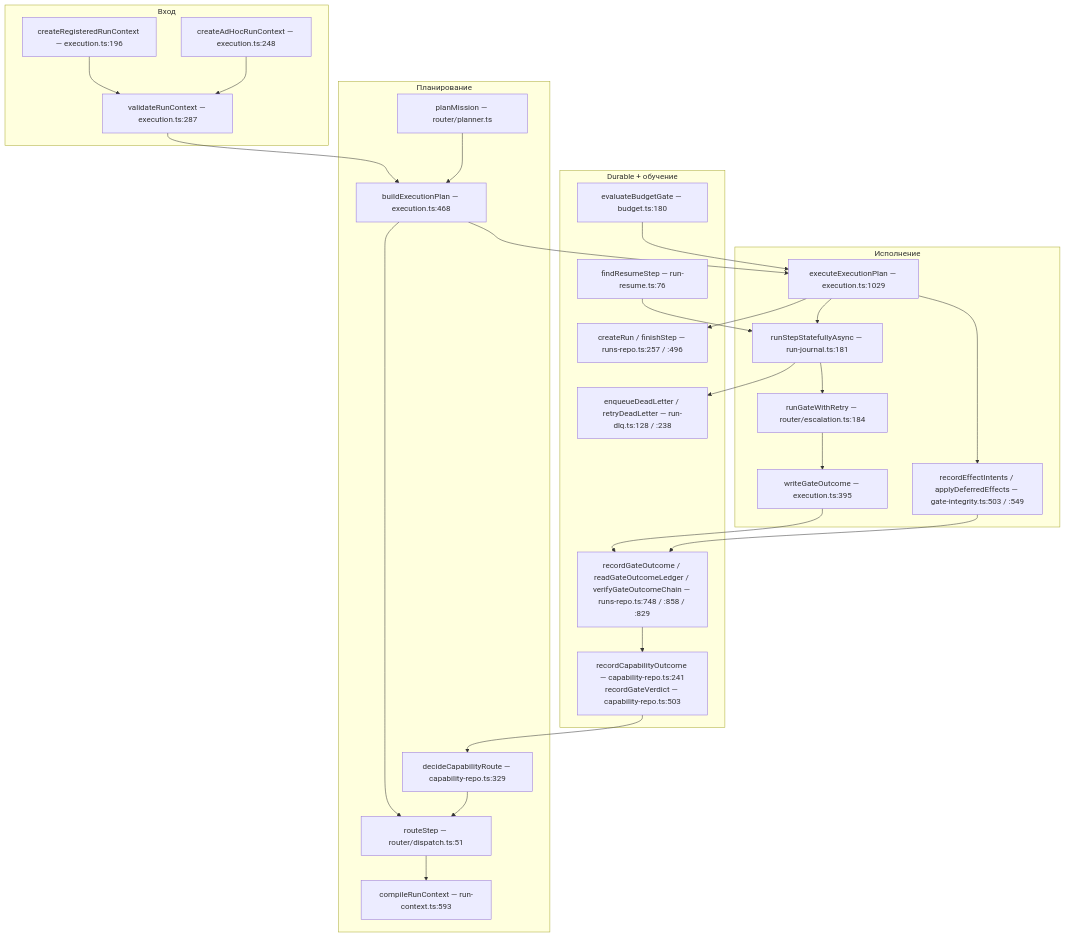
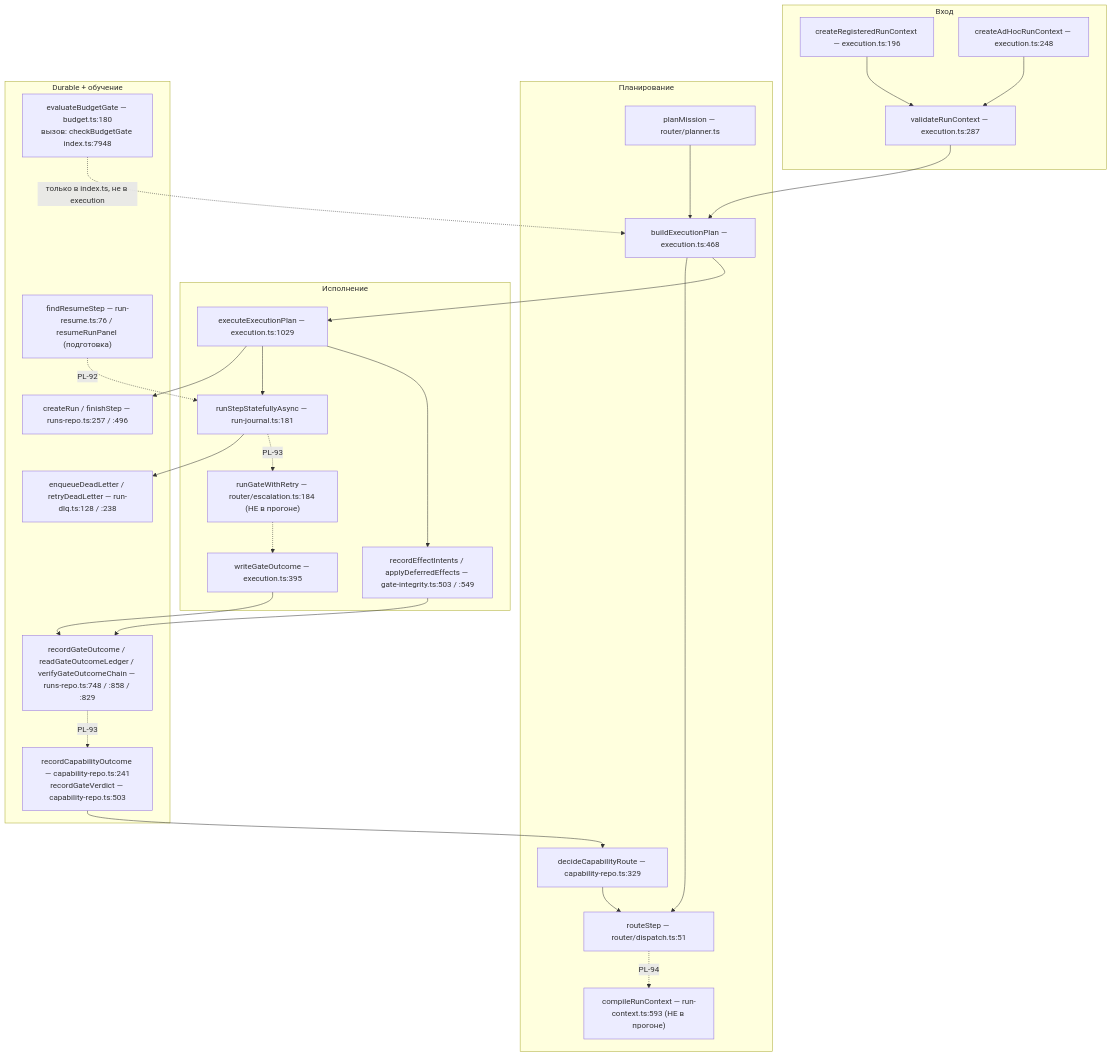
Before and after one commit to DeadSno/agent-steward: the third of 4 diagrams in docs/ARCHITECTURE-DIAGRAMS.md, drawn with Mermaid. The commit also changed other lines of this file and 3 other files, not shown here.

Commit message:
docs(architecture): ground diagrams in real call graph, log PL-92..PL-96 [DOC-2.1]

````diff
--- a/docs/ARCHITECTURE-DIAGRAMS.md
+++ b/docs/ARCHITECTURE-DIAGRAMS.md
@@ -230,54 +230,54 @@
 ```mermaid
 flowchart TB
     subgraph entry["Вход"]
         CR["createRegisteredRunContext — execution.ts:196"]
         CAH["createAdHocRunContext — execution.ts:248"]
         VRC["validateRunContext — execution.ts:287"]
     end
 
     subgraph plan["Планирование"]
         PLAN["planMission — router/planner.ts"]
         BP["buildExecutionPlan — execution.ts:468"]
         ROUTE["routeStep — router/dispatch.ts:51"]
         DECIDE["decideCapabilityRoute — capability-repo.ts:329"]
-        COMPILE["compileRunContext — run-context.ts:593"]
+        COMPILE["compileRunContext — run-context.ts:593 (НЕ в прогоне)"]
     end
 
     subgraph run["Исполнение"]
         EXEC["executeExecutionPlan — execution.ts:1029"]
         JOUR["runStepStatefullyAsync — run-journal.ts:181"]
         WG["writeGateOutcome — execution.ts:395"]
-        GATE["runGateWithRetry — router/escalation.ts:184"]
+        GATE["runGateWithRetry — router/escalation.ts:184 (НЕ в прогоне)"]
         EFFECT["recordEffectIntents / applyDeferredEffects — gate-integrity.ts:503 / :549"]
     end
 
     subgraph persist["Durable + обучение"]
         RUNS["createRun / finishStep — runs-repo.ts:257 / :496"]
         LEDGER["recordGateOutcome / readGateOutcomeLedger / verifyGateOutcomeChain — runs-repo.ts:748 / :858 / :829"]
         CAP["recordCapabilityOutcome — capability-repo.ts:241<br/>recordGateVerdict — capability-repo.ts:503"]
-        RESUME["findResumeStep — run-resume.ts:76"]
+        RESUME["findResumeStep — run-resume.ts:76 / resumeRunPanel (подготовка)"]
         DLQ["enqueueDeadLetter / retryDeadLetter — run-dlq.ts:128 / :238"]
-        BUDGET["evaluateBudgetGate — budget.ts:180"]
+        BUDGET["evaluateBudgetGate — budget.ts:180<br/>вызов: checkBudgetGate index.ts:7948"]
     end
 
     CR --> VRC
     CAH --> VRC
     VRC --> BP
     PLAN --> BP
     BP --> ROUTE
     DECIDE --> ROUTE
-    ROUTE --> COMPILE
     BP --> EXEC
     EXEC --> RUNS
     EXEC --> JOUR
-    JOUR --> GATE
-    GATE --> WG
-    WG --> LEDGER
     EXEC --> EFFECT
     EFFECT --> LEDGER
-    LEDGER --> CAP
+    WG --> LEDGER
     CAP --> DECIDE
-    BUDGET --> EXEC
-    RESUME --> JOUR
     JOUR --> DLQ
+    BUDGET -.->|только в index.ts, не в execution| BP
+    ROUTE -.->|PL-94| COMPILE
+    JOUR -.->|PL-93| GATE
+    GATE -.-> WG
+    LEDGER -.->|PL-93| CAP
+    RESUME -.->|PL-92| JOUR
 ```
````
